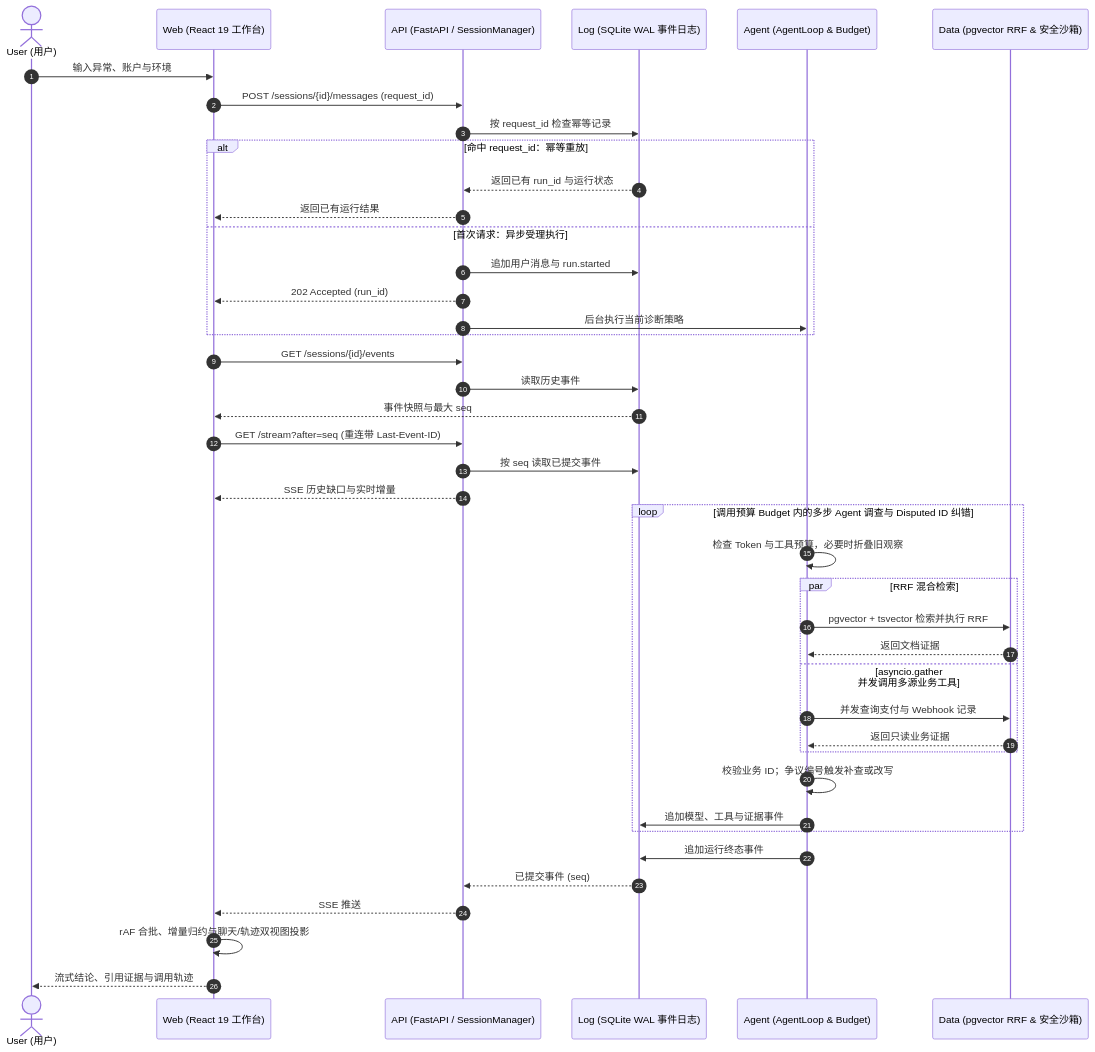
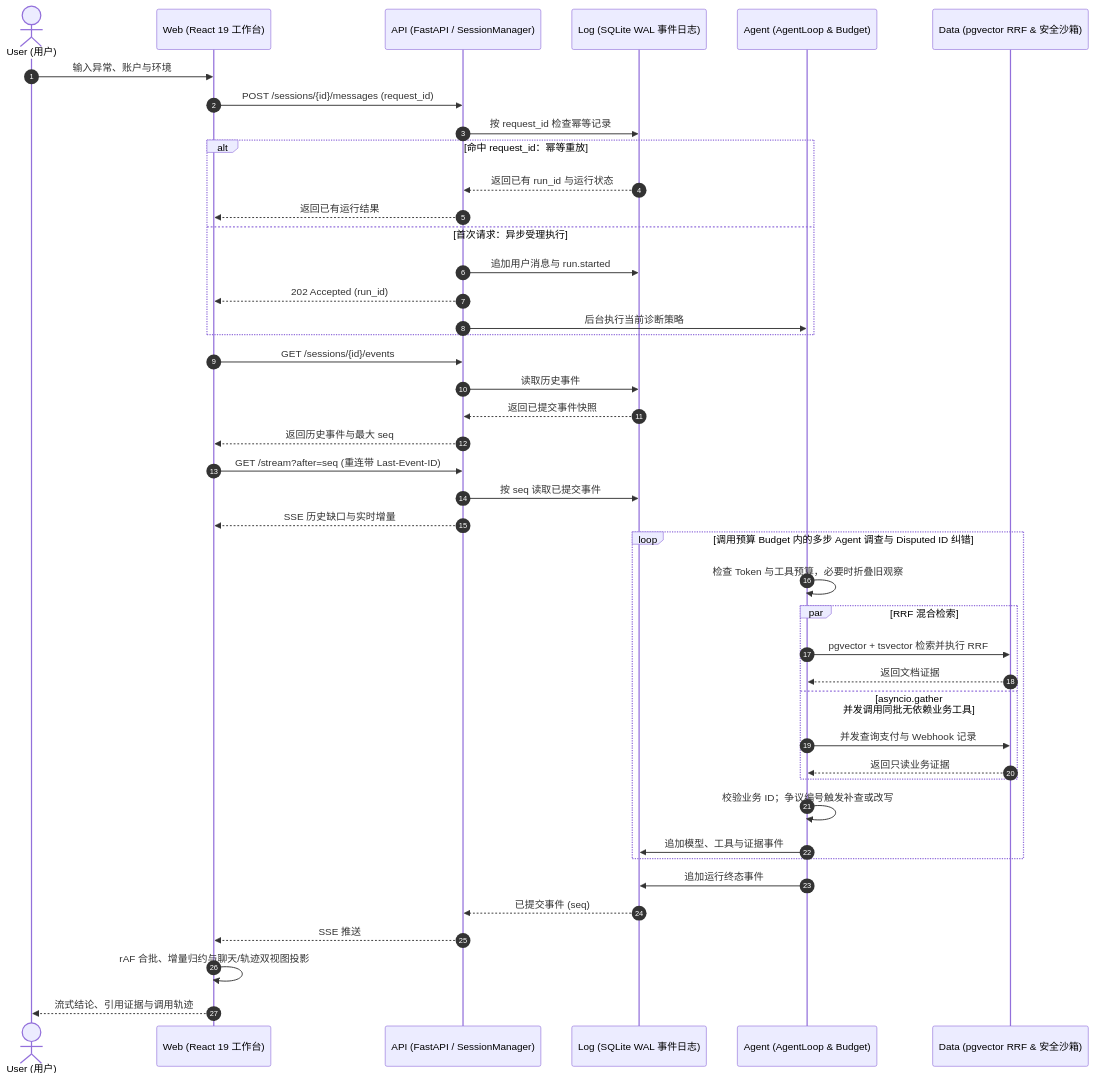
Before and after one commit to snowcattail/FlowPay-Copilot: the diagram in README.md, drawn with Mermaid. The commit also changed other lines of this file, not shown here.

Commit message:
docs(readme): refine project overview, architecture and tech stack

````diff
--- a/README.md
+++ b/README.md
@@ -85,45 +79,46 @@
 ```mermaid
 sequenceDiagram
     autonumber
     actor User as User (用户)
     participant Web as Web (React 19 工作台)
     participant API as API (FastAPI / SessionManager)
     participant Log as Log (SQLite WAL 事件日志)
     participant Agent as Agent (AgentLoop & Budget)
     participant Data as Data (pgvector RRF & 安全沙箱)
 
     User->>Web: 输入异常、账户与环境
     Web->>API: POST /sessions/{id}/messages (request_id)
     API->>Log: 按 request_id 检查幂等记录
     alt 命中 request_id：幂等重放
         Log-->>API: 返回已有 run_id 与运行状态
         API-->>Web: 返回已有运行结果
     else 首次请求：异步受理执行
         API->>Log: 追加用户消息与 run.started
         API-->>Web: 202 Accepted (run_id)
         API->>Agent: 后台执行当前诊断策略
     end
     Web->>API: GET /sessions/{id}/events
     API->>Log: 读取历史事件
-    Log-->>Web: 事件快照与最大 seq
+    Log-->>API: 返回已提交事件快照
+    API-->>Web: 返回历史事件与最大 seq
     Web->>API: GET /stream?after=seq (重连带 Last-Event-ID)
     API->>Log: 按 seq 读取已提交事件
     API-->>Web: SSE 历史缺口与实时增量
     loop 调用预算 Budget 内的多步 Agent 调查与 Disputed ID 纠错
         Agent->>Agent: 检查 Token 与工具预算，必要时折叠旧观察
         par RRF 混合检索
             Agent->>Data: pgvector + tsvector 检索并执行 RRF
             Data-->>Agent: 返回文档证据
-        and asyncio.gather 并发调用多源业务工具
+        and asyncio.gather 并发调用同批无依赖业务工具
             Agent->>Data: 并发查询支付与 Webhook 记录
             Data-->>Agent: 返回只读业务证据
         end
         Agent->>Agent: 校验业务 ID；争议编号触发补查或改写
         Agent->>Log: 追加模型、工具与证据事件
     end
     Agent->>Log: 追加运行终态事件
     Log-->>API: 已提交事件 (seq)
     API-->>Web: SSE 推送
     Web->>Web: rAF 合批、增量归约与聊天/轨迹双视图投影
     Web-->>User: 流式结论、引用证据与调用轨迹
 ```
````
